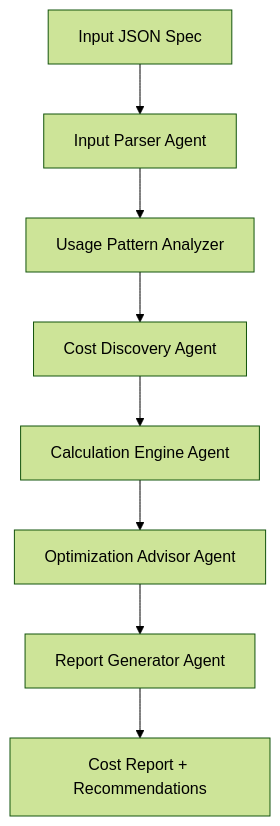
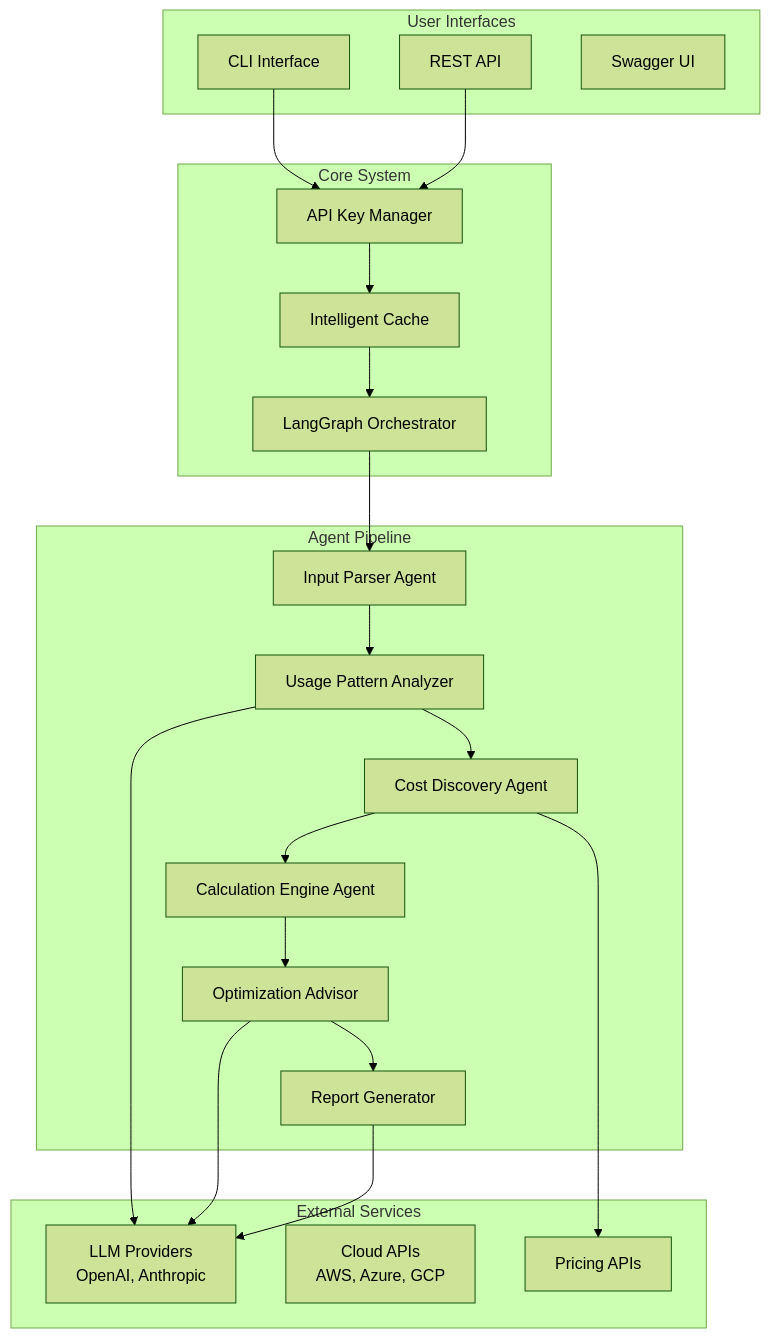
The first of 2 diagrams in README.md (rajfnu/cost-estimator-agent), drawn with Mermaid (forest theme) before and after one commit. The commit also changed other lines of this file and 1 other file, not shown here.

First line of the commit message:
Add comprehensive design documentation and reusable agent template

````diff
--- a/README.md
+++ b/README.md
@@ -18,10 +20,44 @@
 ```mermaid
-graph TD
-    A[Input JSON Spec] --> B[Input Parser Agent]
-    B --> C[Usage Pattern Analyzer]
-    C --> D[Cost Discovery Agent]
-    D --> E[Calculation Engine Agent]
-    E --> F[Optimization Advisor Agent]
-    F --> G[Report Generator Agent]
-    G --> H[Cost Report + Recommendations]
+graph TB
+    subgraph "User Interfaces"
+        CLI[CLI Interface]
+        API[REST API]
+        SWAGGER[Swagger UI]
+    end
+
+    subgraph "Core System"
+        AUTH[API Key Manager]
+        CACHE[Intelligent Cache]
+        GRAPH[LangGraph Orchestrator]
+    end
+
+    subgraph "Agent Pipeline"
+        A1[Input Parser Agent]
+        A2[Usage Pattern Analyzer]
+        A3[Cost Discovery Agent]
+        A4[Calculation Engine Agent]
+        A5[Optimization Advisor]
+        A6[Report Generator]
+    end
+
+    subgraph "External Services"
+        LLM[LLM Providers<br/>OpenAI, Anthropic]
+        CLOUD[Cloud APIs<br/>AWS, Azure, GCP]
+        PRICING[Pricing APIs]
+    end
+
+    CLI --> AUTH
+    API --> AUTH
+    AUTH --> CACHE
+    CACHE --> GRAPH
+    GRAPH --> A1
+    A1 --> A2
+    A2 --> A3
+    A3 --> A4
+    A4 --> A5
+    A5 --> A6
+    A3 --> PRICING
+    A2 --> LLM
+    A5 --> LLM
+    A6 --> LLM
 ```
````
